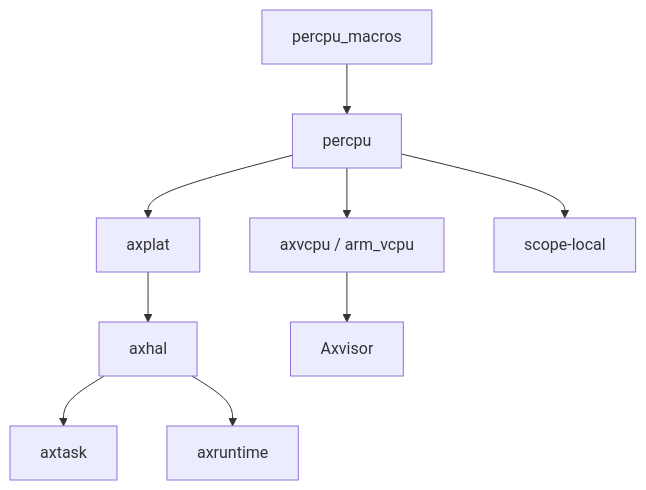
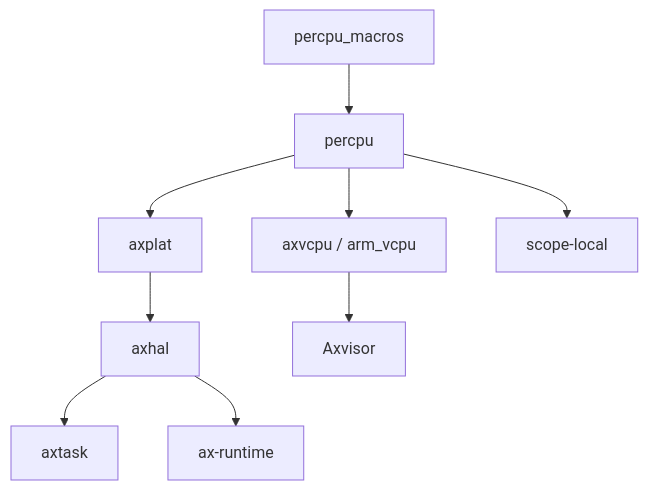
One commit to zKurisu/tgoskits changed the diagram in docs/crates/percpu_macros.md. Above: the diagram before and after it, drawn with Mermaid. The commit also changed 69 other files, not shown here.

Commit message:
rename axruntime to ax-runtime

````diff
--- a/docs/crates/percpu_macros.md
+++ b/docs/crates/percpu_macros.md
@@ -168,11 +168,11 @@
 ```mermaid
 graph TD
     A[percpu_macros] --> B[percpu]
     B --> C[axplat]
     C --> D[axhal]
     D --> E[axtask]
-    D --> F[axruntime]
+    D --> F[ax-runtime]
     B --> G[axvcpu / arm_vcpu]
     B --> H[scope-local]
     G --> I[Axvisor]
 ```
````
